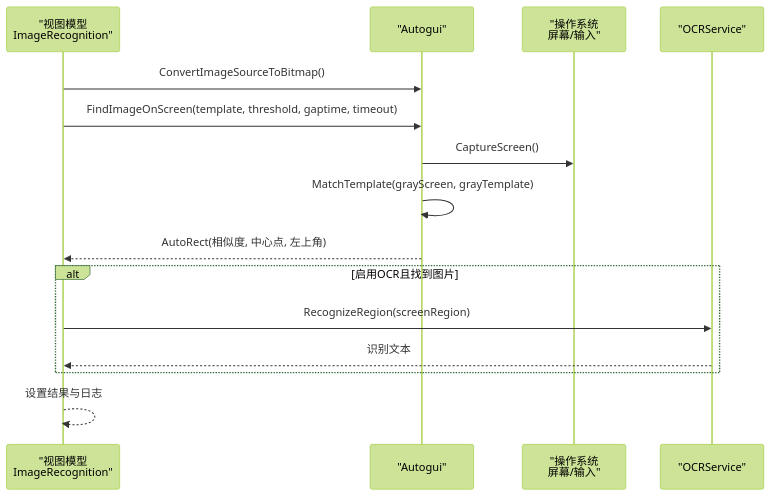
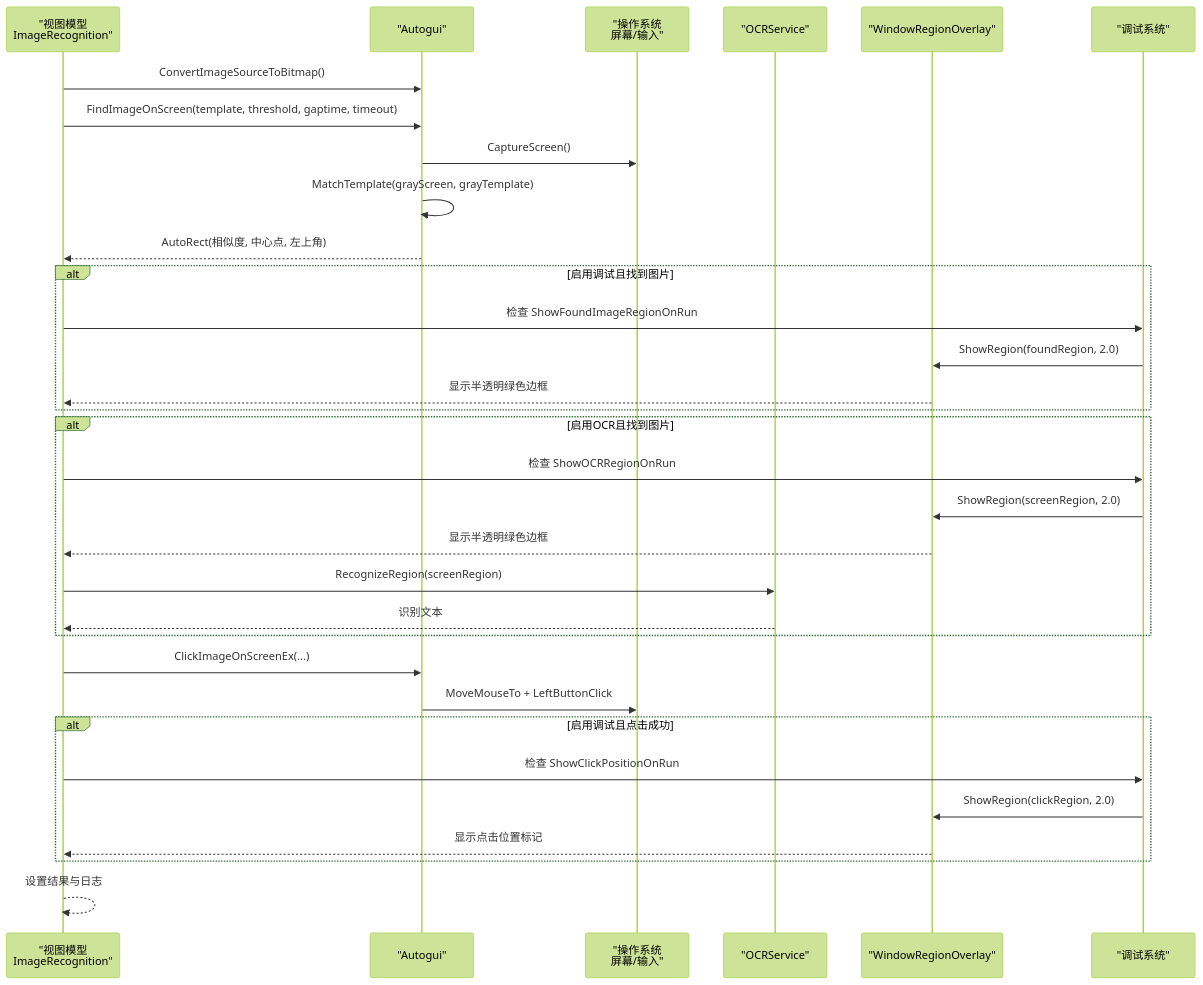
The second of 11 diagrams in .qoder/repowiki/zh/content/图像识别引擎/图像识别引擎.md (yooxii/ShaoLuAuto), drawn with Mermaid (forest theme) before and after one commit. The commit also changed other lines of this file and 45 other files, not shown here.

````diff
--- a/.qoder/repowiki/zh/content/图像识别引擎/图像识别引擎.md
+++ b/.qoder/repowiki/zh/content/图像识别引擎/图像识别引擎.md
@@ -102,17 +135,34 @@
 ```mermaid
 sequenceDiagram
 participant VM as "视图模型<br/>ImageRecognition"
 participant AG as "Autogui"
 participant OS as "操作系统<br/>屏幕/输入"
 participant OCR as "OCRService"
+participant Overlay as "WindowRegionOverlay"
+participant Debug as "调试系统"
 VM->>AG : ConvertImageSourceToBitmap()
 VM->>AG : FindImageOnScreen(template, threshold, gaptime, timeout)
 AG->>OS : CaptureScreen()
 AG->>AG : MatchTemplate(grayScreen, grayTemplate)
 AG-->>VM : AutoRect(相似度, 中心点, 左上角)
+alt 启用调试且找到图片
+VM->>Debug : 检查 ShowFoundImageRegionOnRun
+Debug->>Overlay : ShowRegion(foundRegion, 2.0)
+Overlay-->>VM : 显示半透明绿色边框
+end
 alt 启用OCR且找到图片
+VM->>Debug : 检查 ShowOCRRegionOnRun
+Debug->>Overlay : ShowRegion(screenRegion, 2.0)
+Overlay-->>VM : 显示半透明绿色边框
 VM->>OCR : RecognizeRegion(screenRegion)
 OCR-->>VM : 识别文本
 end
+VM->>AG : ClickImageOnScreenEx(...)
+AG->>OS : MoveMouseTo + LeftButtonClick
+alt 启用调试且点击成功
+VM->>Debug : 检查 ShowClickPositionOnRun
+Debug->>Overlay : ShowRegion(clickRegion, 2.0)
+Overlay-->>VM : 显示点击位置标记
+end
 VM-->>VM : 设置结果与日志
 ```
````
